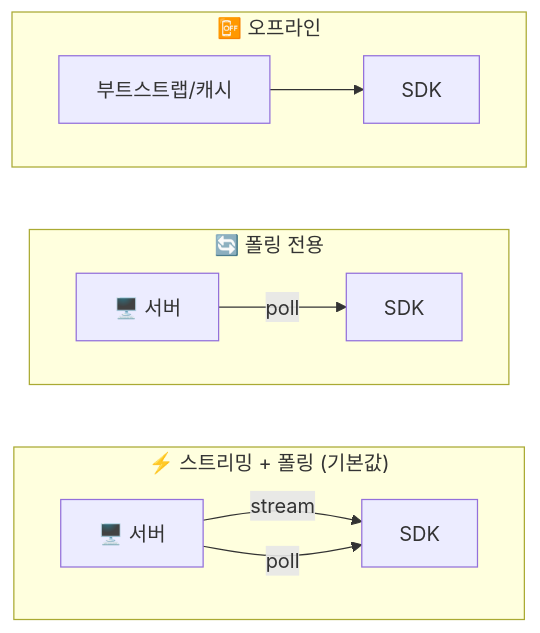
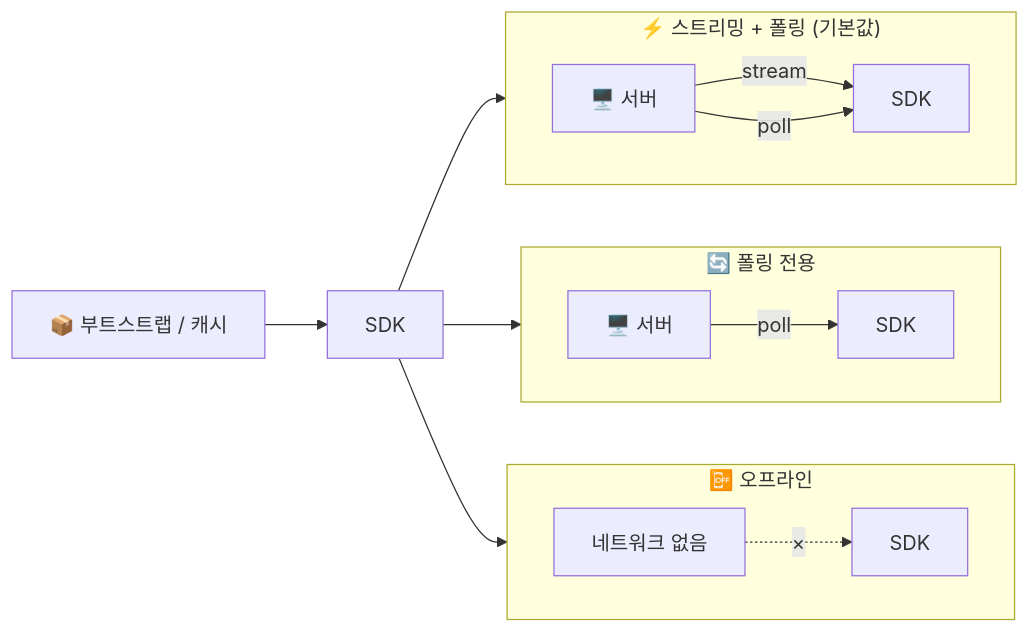
One commit to maxidea1024/gatrix changed diagram 11 of 12 in packages/sdks/client-sdks/gatrix-unity-sdk/README.ko.md. Above: the diagram before and after it, drawn with Mermaid. The commit also changed other lines of this file and 12 other files, not shown here.

Commit message:
refactor(unity): replace flag timeline with line chart, compact current values

````diff
--- a/packages/sdks/client-sdks/gatrix-unity-sdk/README.ko.md
+++ b/packages/sdks/client-sdks/gatrix-unity-sdk/README.ko.md
@@ -1291,18 +1292,22 @@
 ```mermaid
 flowchart LR
+    INIT["📦 부트스트랩 / 캐시"] --> SDK["SDK"]
+
     subgraph M1 ["⚡ 스트리밍 + 폴링 (기본값)"]
         direction LR
         A1["🖥️ 서버"] -->|stream| B1["SDK"]
         A1 -->|poll| B1
     end
 
     subgraph M2 ["🔄 폴링 전용"]
         direction LR
         A2["🖥️ 서버"] -->|poll| B2["SDK"]
     end
 
     subgraph M3 ["📴 오프라인"]
         direction LR
-        A3["부트스트랩/캐시"] --> B3["SDK"]
+        A3["네트워크 없음"] -.->|"×"| B3["SDK"]
     end
+
+    SDK --> M1 & M2 & M3
 ```
````
